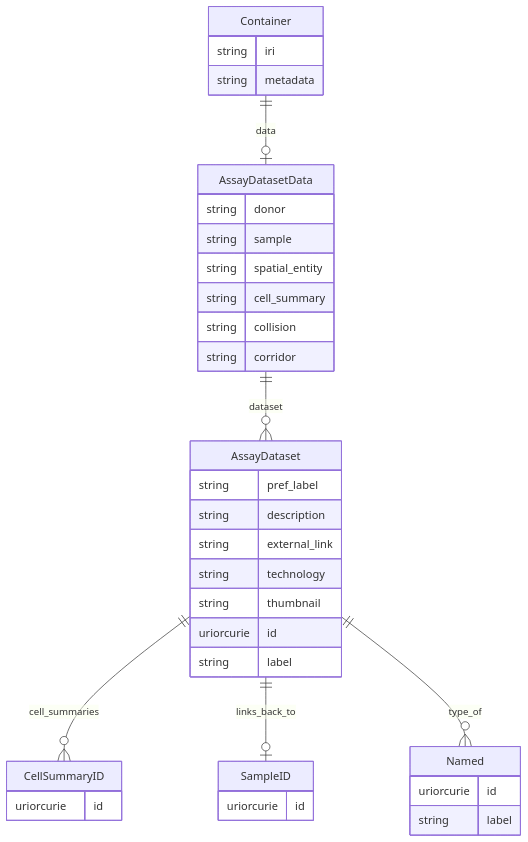
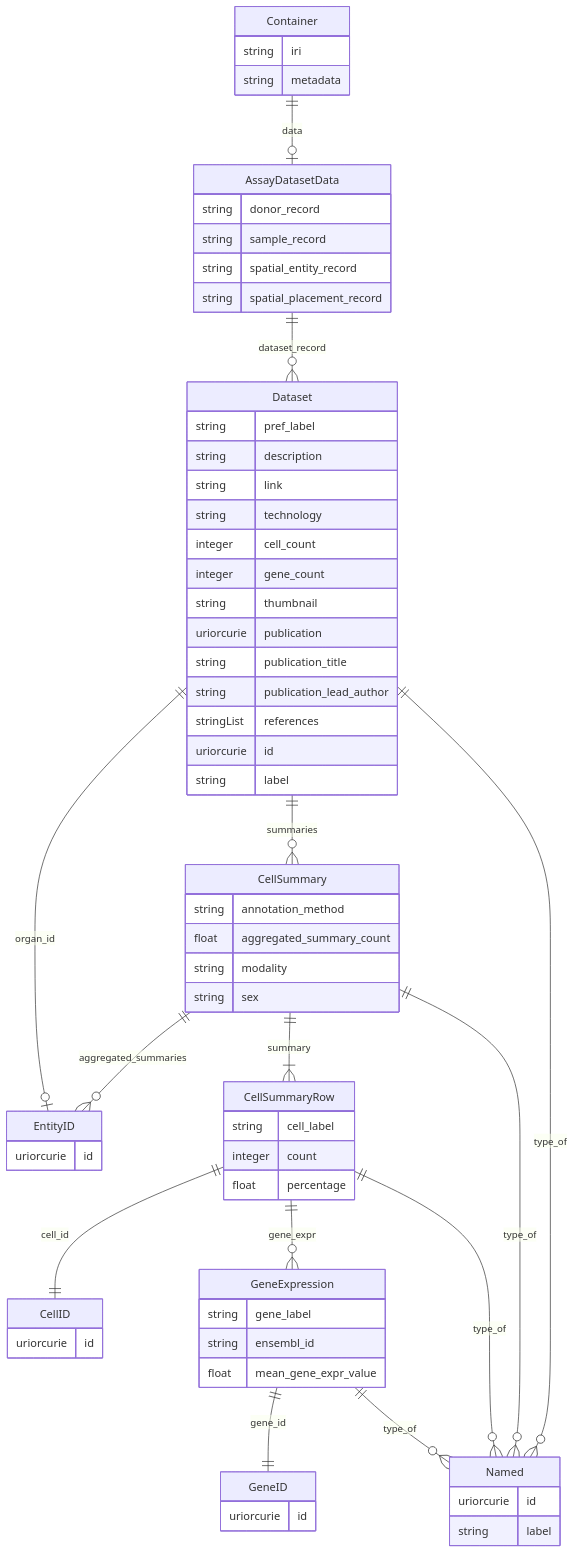
Before and after one commit to hubmapconsortium/hra-do-processor: the ninth of 20 diagrams in er-diagrams.md, drawn with Mermaid. The commit also changed other lines of this file and 21 other files, not shown here.

Commit message:
Regenerating ER diagrams

````diff
--- a/er-diagrams.md
+++ b/er-diagrams.md
@@ -415,41 +709,72 @@
 ```mermaid
 erDiagram
 Container {
     string iri  
     string metadata  
 }
 AssayDatasetData {
-    string donor  
-    string sample  
-    string spatial_entity  
-    string cell_summary  
-    string collision  
-    string corridor  
+    string donor_record  
+    string sample_record  
+    string spatial_entity_record  
+    string spatial_placement_record  
 }
-AssayDataset {
+Dataset {
     string pref_label  
     string description  
-    string external_link  
+    string link  
     string technology  
+    integer cell_count  
+    integer gene_count  
     string thumbnail  
+    uriorcurie publication  
+    string publication_title  
+    string publication_lead_author  
+    stringList references  
     uriorcurie id  
     string label  
 }
 Named {
     uriorcurie id  
     string label  
 }
-SampleID {
+CellSummary {
+    string annotation_method  
+    float aggregated_summary_count  
+    string modality  
+    string sex  
+}
+CellSummaryRow {
+    string cell_label  
+    integer count  
+    float percentage  
+}
+GeneExpression {
+    string gene_label  
+    string ensembl_id  
+    float mean_gene_expr_value  
+}
+GeneID {
     uriorcurie id  
 }
-CellSummaryID {
+CellID {
+    uriorcurie id  
+}
+EntityID {
     uriorcurie id  
 }
 
 Container ||--|o AssayDatasetData : "data"
-AssayDatasetData ||--}o AssayDataset : "dataset"
-AssayDataset ||--}o CellSummaryID : "cell_summaries"
-AssayDataset ||--|o SampleID : "links_back_to"
-AssayDataset ||--}o Named : "type_of"
+AssayDatasetData ||--}o Dataset : "dataset_record"
+Dataset ||--|o EntityID : "organ_id"
+Dataset ||--}o CellSummary : "summaries"
+Dataset ||--}o Named : "type_of"
+CellSummary ||--}o EntityID : "aggregated_summaries"
+CellSummary ||--}| CellSummaryRow : "summary"
+CellSummary ||--}o Named : "type_of"
+CellSummaryRow ||--|| CellID : "cell_id"
+CellSummaryRow ||--}o GeneExpression : "gene_expr"
+CellSummaryRow ||--}o Named : "type_of"
+GeneExpression ||--|| GeneID : "gene_id"
+GeneExpression ||--}o Named : "type_of"
 
 ```
````
